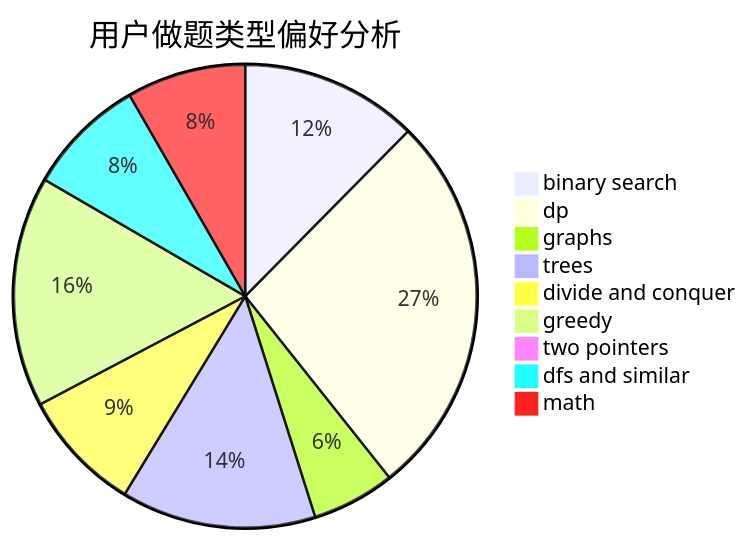
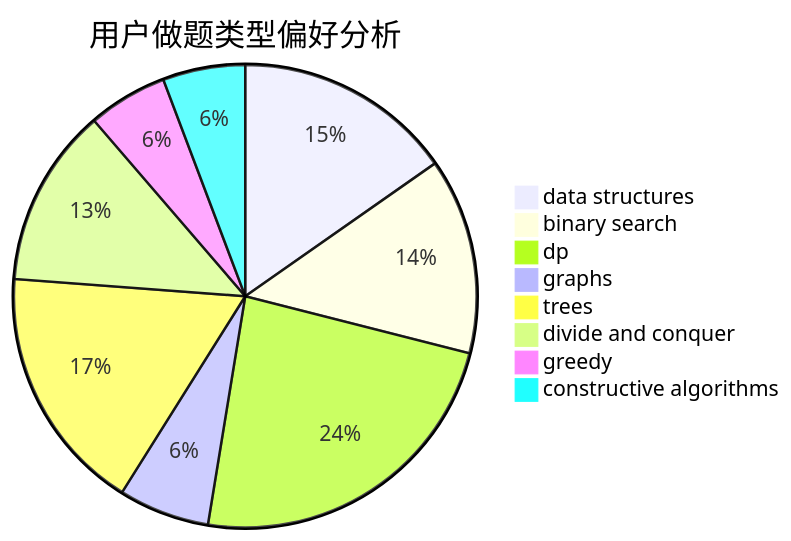
One commit to sherpahu/cfrs.github.io changed the second of 3 diagrams in docs/user/u34.md. Above: the diagram before and after it, drawn with Mermaid. The commit also changed other lines of this file and 2775 other files, not shown here.

````diff
--- a/docs/user/u34.md
+++ b/docs/user/u34.md
@@ -23,12 +23,11 @@
 ```mermaid
 pie title 用户做题类型偏好分析
-    "binary search" :  94
-    "dp" :  204
-    "graphs" :  44
-    "trees" :  103
-    "divide and conquer" :  65
-    "greedy" :  122
-    "two pointers" :  1
-    "dfs and similar" :  63
-    "math" :  63
+    "data structures" :  77
+    "binary search" :  69
+    "dp" :  119
+    "graphs" :  32
+    "trees" :  87
+    "divide and conquer" :  63
+    "greedy" :  28
+    "constructive algorithms" :  29
 ```
````
